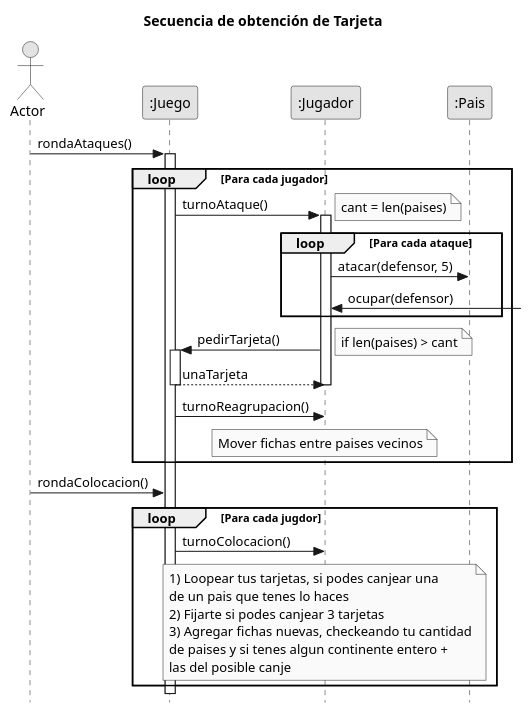
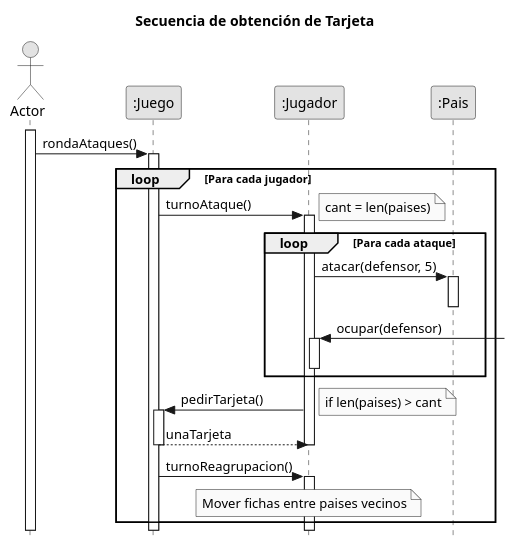
Before and after one commit to Gabrielsem/A.L.T.E.G.O.: the diagram in UML/tarjetas.plantuml, drawn with PlantUML. The commit also changed 1 other file, not shown here.

Commit message:
UML Turno de Colocacion

```diff
--- a/UML/tarjetas.plantuml
+++ b/UML/tarjetas.plantuml
@@ -1,46 +1,37 @@
 @startuml
 title Secuencia de obtención de Tarjeta
 skinparam responseMessageBelowArrow true
 skinparam monochrome true
 skinparam style strictuml
 hide footbox
 
 actor Actor
 participant jueg as ":Juego"
 participant jug as ":Jugador"
 participant pais as ":Pais"
 
+Actor ++
 Actor -> jueg ++: rondaAtaques()
 
 loop Para cada jugador
     jueg -> jug ++: turnoAtaque()
     note right: cant = len(paises)
     loop Para cada ataque
-        jug -> pais: atacar(defensor, 5)
-        jug <-] : ocupar(defensor)
+        jug -> pais ++: atacar(defensor, 5)
+        pais --
+        jug <-] ++: ocupar(defensor)
+        jug --
     end loop
 
     jug -> jueg ++: pedirTarjeta()
     note right: if len(paises) > cant
     jueg --> jug --: unaTarjeta
     deactivate jug
 
-    jueg -> jug: turnoReagrupacion()
+    jueg -> jug ++: turnoReagrupacion()
     note over jug
         Mover fichas entre paises vecinos
     end note
 end loop
 
-Actor -> jueg: rondaColocacion()
-loop Para cada jugdor
-    jueg -> jug: turnoColocacion()
-    note over jug
-        1) Loopear tus tarjetas, si podes canjear una
-        de un pais que tenes lo haces
-        2) Fijarte si podes canjear 3 tarjetas
-        3) Agregar fichas nuevas, checkeando tu cantidad
-        de paises y si tenes algun continente entero + 
-        las del posible canje
-    end note
-end loop
 @enduml
```
